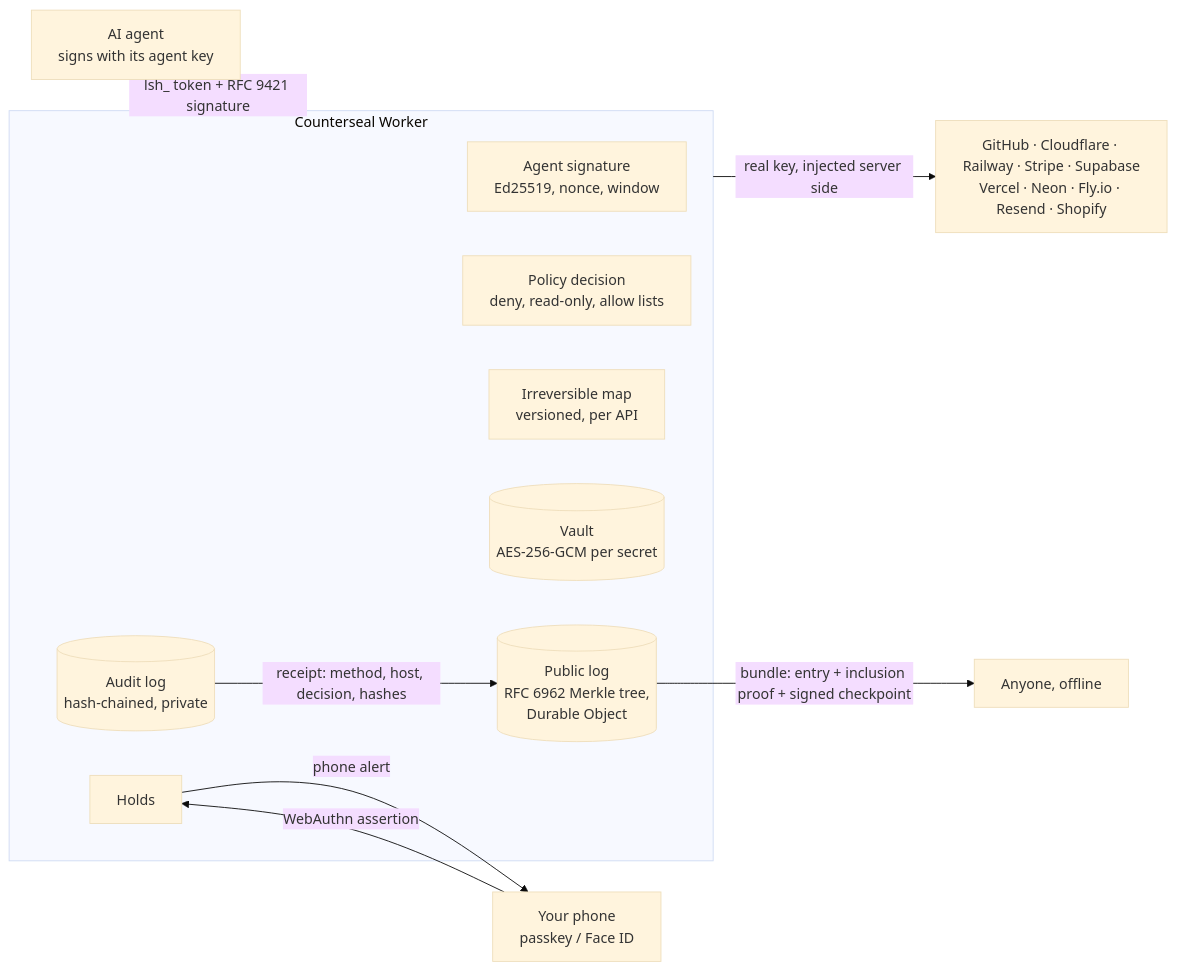
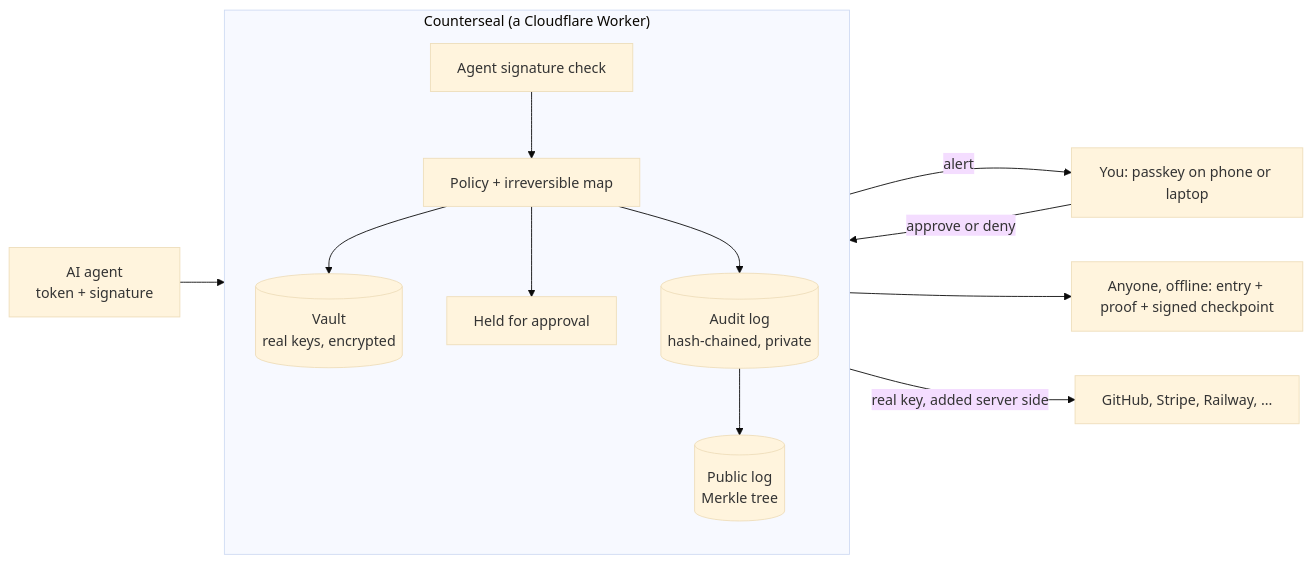
Before and after one commit to GautamTalksDev/counterseal: the first of 2 diagrams in README.md, drawn with Mermaid (base theme). The commit also changed other lines of this file and 33 other files, not shown here.

````diff
--- a/README.md
+++ b/README.md
@@ -48,18 +89,16 @@
 ```mermaid
 flowchart LR
-    A[AI agent<br/>signs with its agent key] -- "lsh_ token + RFC 9421 signature" --> L
-    subgraph L[Counterseal Worker]
-      S[Agent signature<br/>Ed25519, nonce, window]
-      P[Policy decision<br/>deny, read-only, allow lists]
-      M[Irreversible map<br/>versioned, per API]
-      V[(Vault<br/>AES-256-GCM per secret)]
-      H[Holds]
-      AU[(Audit log<br/>hash-chained, private)]
-      LOG[(Public log<br/>RFC 6962 Merkle tree,<br/>Durable Object)]
+    A["AI agent<br/>token + signature"] --> W
+    subgraph W["Counterseal (a Cloudflare Worker)"]
+      direction TB
+      S["Agent signature check"] --> P["Policy + irreversible map"]
+      P --> V[("Vault<br/>real keys, encrypted")]
+      P --> H["Held for approval"]
+      P --> AU[("Audit log<br/>hash-chained, private")]
+      AU --> LOG[("Public log<br/>Merkle tree")]
     end
-    L -- "real key, injected server side" --> U[GitHub · Cloudflare · Railway · Stripe · Supabase<br/>Vercel · Neon · Fly.io · Resend · Shopify]
-    H -- "phone alert" --> Ph[Your phone<br/>passkey / Face ID]
-    Ph -- "WebAuthn assertion" --> H
-    AU -- "receipt: method, host, decision, hashes" --> LOG
-    LOG -- "bundle: entry + inclusion proof + signed checkpoint" --> Aud[Anyone, offline]
+    W -- "real key, added server side" --> U["GitHub, Stripe, Railway, ..."]
+    H -- "alert" --> You["You: passkey on phone or laptop"]
+    You -- "approve or deny" --> H
+    LOG --> Anyone["Anyone, offline: entry + proof + signed checkpoint"]
 ```
````
